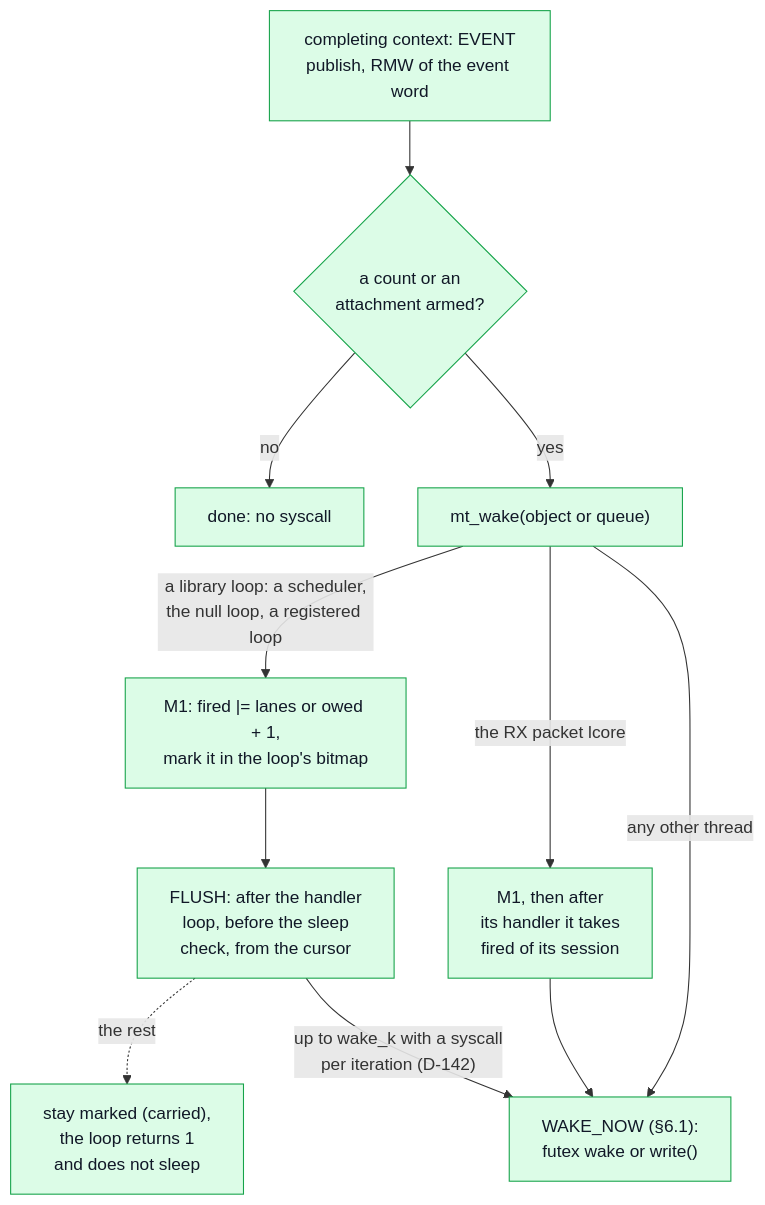
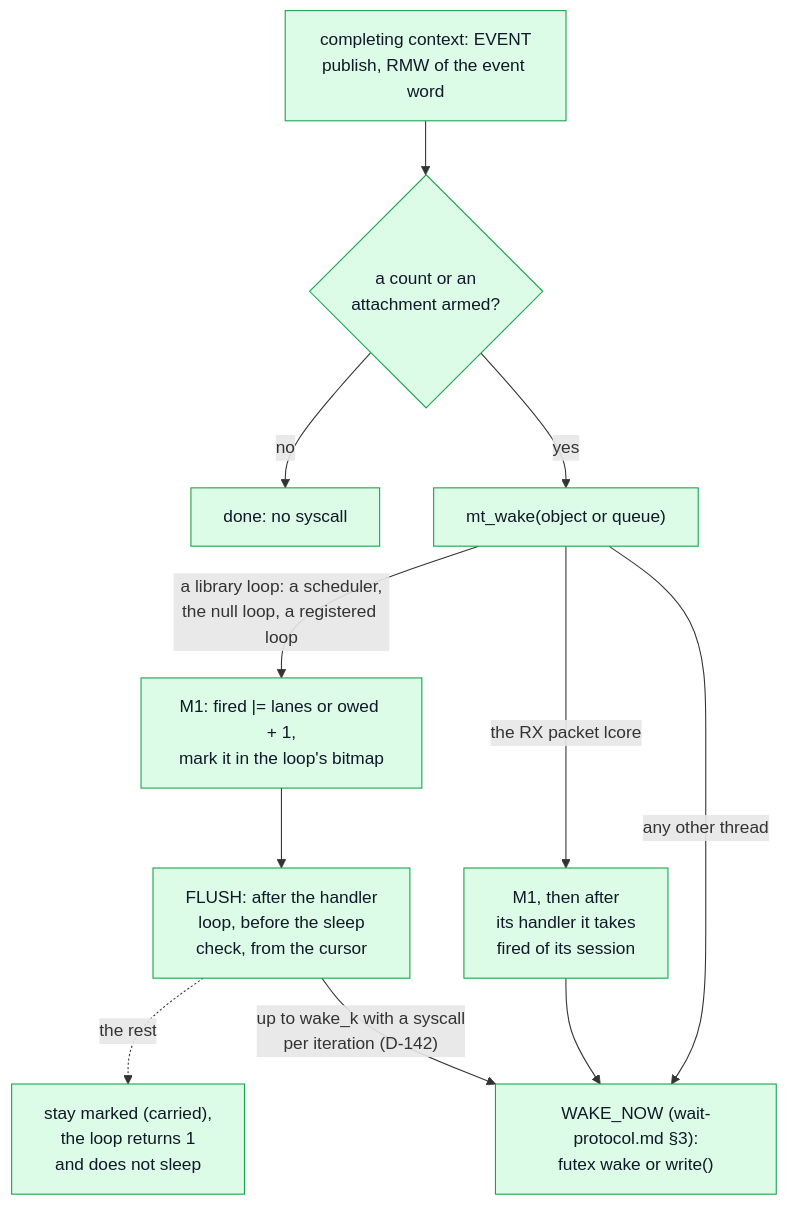
One commit to OpenVisualCloud/Media-Transport-Library changed diagram 12 of 14 in doc/unified-api/core.md. Above: the diagram before and after it, drawn with Mermaid. The commit also changed other lines of this file and 38 other files, not shown here.

````diff
--- a/doc/unified-api/core.md
+++ b/doc/unified-api/core.md
@@ -1663,15 +1352,15 @@
 ```mermaid
 flowchart TB
     C["completing context: EVENT<br/>publish, RMW of the event word"] --> Q{"a count or an<br/>attachment armed?"}
     Q -->|"no"| N["done: no syscall"]
     Q -->|"yes"| MW["mt_wake(object or queue)"]
     MW -->|"a library loop: a scheduler,<br/>the null loop, a registered loop"| M["M1: fired |= lanes or owed + 1,<br/>mark it in the loop's bitmap"]
     MW -->|"the RX packet lcore"| L["M1, then after<br/>its handler it takes<br/>fired of its session"]
-    MW -->|"any other thread"| WN["WAKE_NOW (§6.1):<br/>futex wake or write()"]
+    MW -->|"any other thread"| WN["WAKE_NOW (wait-protocol.md §3):<br/>futex wake or write()"]
     M --> FL["FLUSH: after the handler<br/>loop, before the sleep<br/>check, from the cursor"]
     FL -.->|"the rest"| CA["stay marked (carried),<br/>the loop returns 1<br/>and does not sleep"]
     FL -->|"up to wake_k with a syscall<br/>per iteration (D-142)"| WN
     L --> WN
     classDef mtl fill:#dcfce7,stroke:#16a34a,color:#111827
     class C,Q,N,MW,M,L,WN,FL,CA mtl
 ```
````
